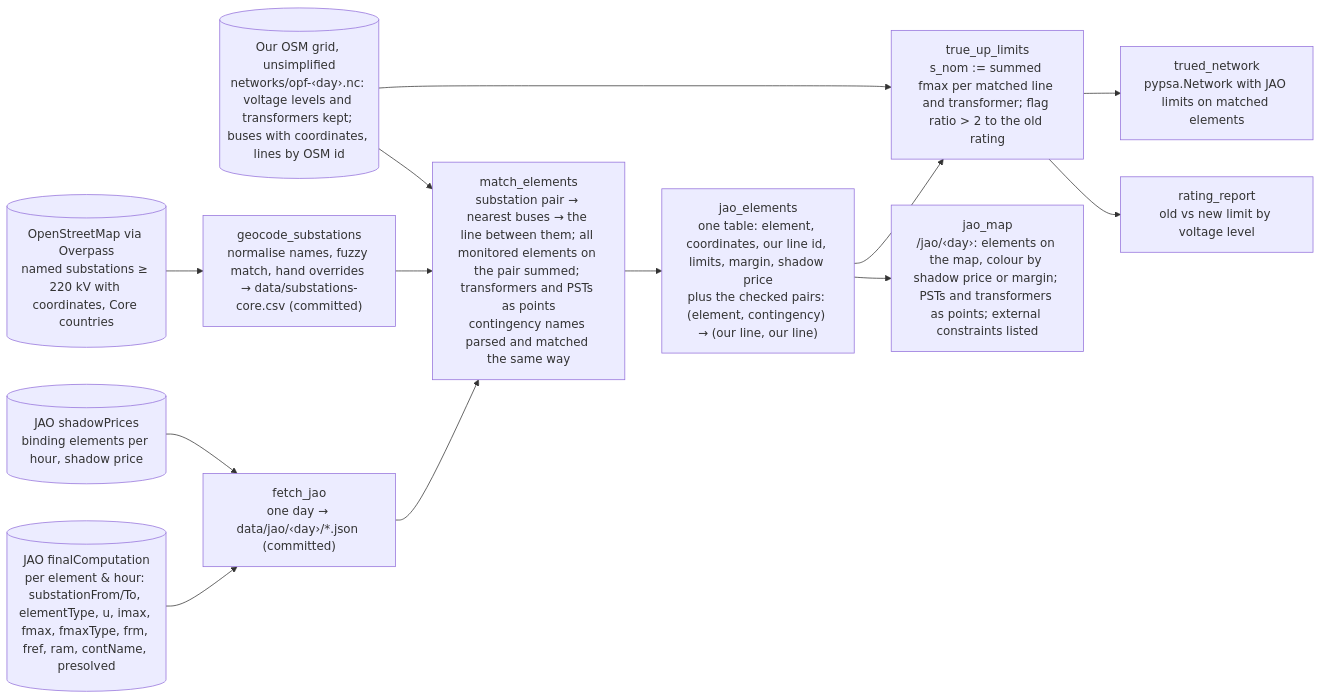
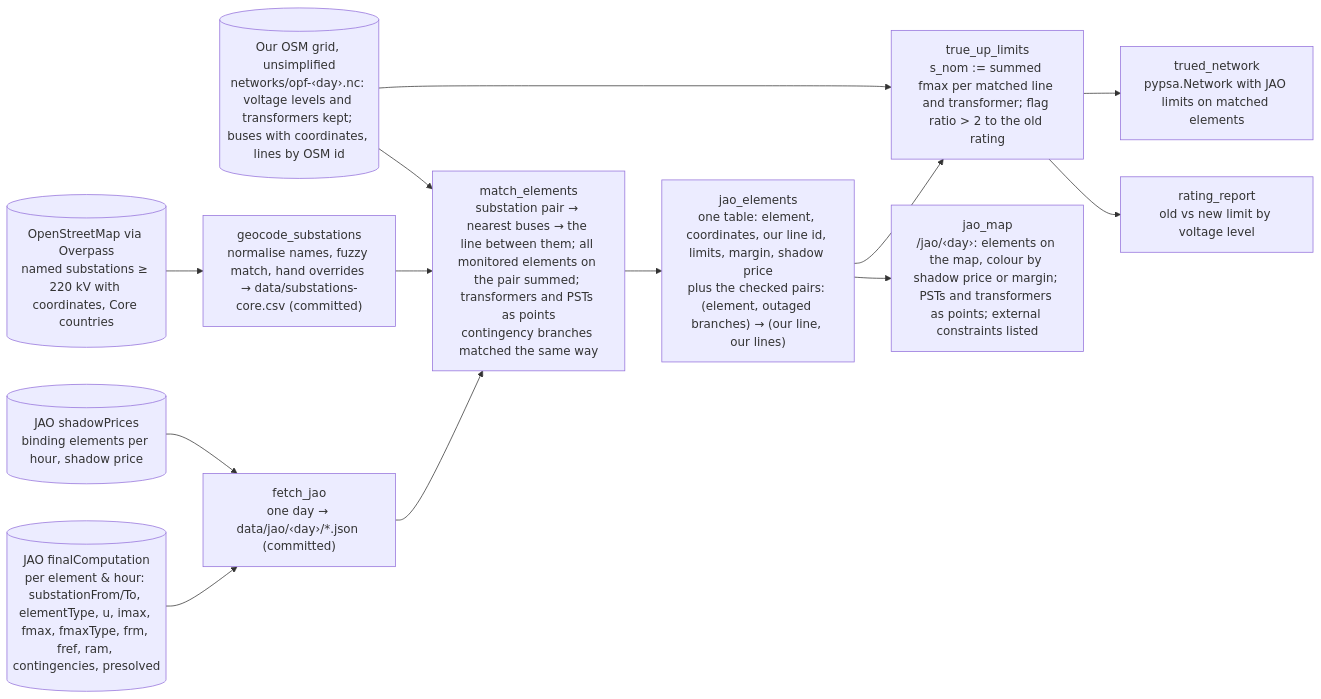
The diagram in wiki/specs/jao-grid.md (zoltanmaric/coppersushi), drawn with Mermaid before and after one commit. The commit also changed other lines of this file and 3 other files, not shown here.

First line of the commit message:
Wiki: zonal spreads are shadow prices times PTDF differences; JAO's web service; bid curves (#44)

````diff
--- a/wiki/specs/jao-grid.md
+++ b/wiki/specs/jao-grid.md
@@ -27,29 +27,29 @@
 ```mermaid
 flowchart LR
 
-    jao_fc[("JAO finalComputation<br/>per element & hour: substationFrom/To, elementType, u, imax, fmax, fmaxType, frm, fref, ram, contName, presolved")]
+    jao_fc[("JAO finalComputation<br/>per element & hour: substationFrom/To, elementType, u, imax, fmax, fmaxType, frm, fref, ram, contingencies, presolved")]
     jao_sp[("JAO shadowPrices<br/>binding elements per hour, shadow price")]
     osm_subs[("OpenStreetMap via Overpass<br/>named substations ≥ 220 kV with coordinates, Core countries")]
     grid[("Our OSM grid, unsimplified<br/>networks/opf-‹day›.nc: voltage levels and transformers kept; buses with coordinates, lines by OSM id")]
 
     fetch["fetch_jao<br/>one day → data/jao/‹day›/*.json (committed)"]
     geocode["geocode_substations<br/>normalise names, fuzzy match, hand overrides → data/substations-core.csv (committed)"]
-    match["match_elements<br/>substation pair → nearest buses → the line between them; all monitored elements on the pair summed; transformers and PSTs as points<br/>contingency names parsed and matched the same way"]
+    match["match_elements<br/>substation pair → nearest buses → the line between them; all monitored elements on the pair summed; transformers and PSTs as points<br/>contingency branches matched the same way"]
     true_up["true_up_limits<br/>s_nom := summed fmax per matched line and transformer; flag ratio &gt; 2 to the old rating"]
 
-    elements["jao_elements<br/>one table: element, coordinates, our line id, limits, margin, shadow price<br/>plus the checked pairs: (element, contingency) → (our line, our line)"]
+    elements["jao_elements<br/>one table: element, coordinates, our line id, limits, margin, shadow price<br/>plus the checked pairs: (element, outaged branches) → (our line, our lines)"]
     limits["trued_network<br/>pypsa.Network with JAO limits on matched elements"]
     report["rating_report<br/>old vs new limit by voltage level"]
 
     map["jao_map<br/>/jao/‹day›: elements on the map, colour by shadow price or margin; PSTs and transformers as points; external constraints listed"]
 
     jao_fc --> fetch
     jao_sp --> fetch
     fetch --> match
     osm_subs --> geocode --> match
     grid --> match --> elements
     elements --> map
     elements --> true_up
     grid --> true_up --> limits
     true_up --> report
 ```
````
